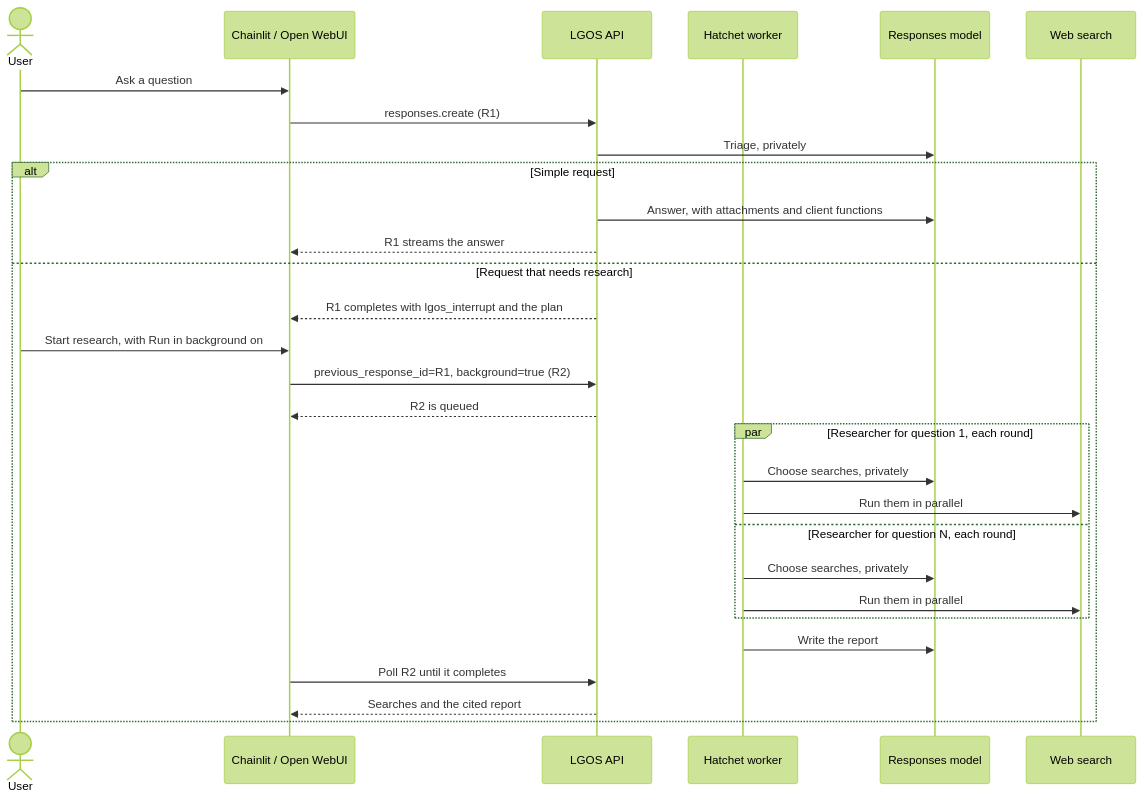
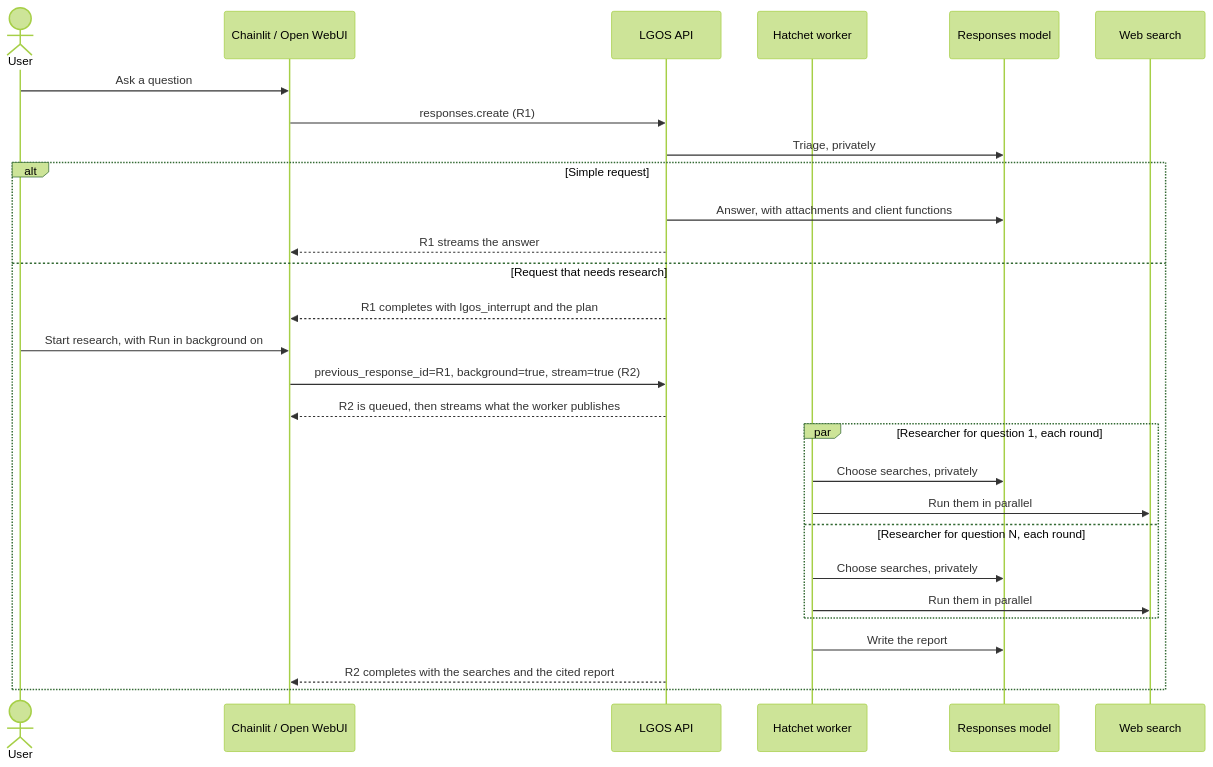
Before and after one commit to ilkersigirci/langgraph-openai-serve: the second of 2 diagrams in docs/demo/graphs/deep-research.md, drawn with Mermaid (forest theme). The commit also changed other lines of this file and 60 other files, not shown here.

Commit message:
feat: openai background streaming support using hatchet durable-streams

````diff
--- a/docs/demo/graphs/deep-research.md
+++ b/docs/demo/graphs/deep-research.md
@@ -149,32 +149,31 @@
 ```mermaid
 sequenceDiagram
   actor User
   participant UI as Chainlit / Open WebUI
   participant API as LGOS API
   participant Worker as Hatchet worker
   participant Model as Responses model
   participant Search as Web search
 
   User->>UI: Ask a question
   UI->>API: responses.create (R1)
   API->>Model: Triage, privately
   alt Simple request
     API->>Model: Answer, with attachments and client functions
     API-->>UI: R1 streams the answer
   else Request that needs research
     API-->>UI: R1 completes with lgos_interrupt and the plan
     User->>UI: Start research, with Run in background on
-    UI->>API: previous_response_id=R1, background=true (R2)
-    API-->>UI: R2 is queued
+    UI->>API: previous_response_id=R1, background=true, stream=true (R2)
+    API-->>UI: R2 is queued, then streams what the worker publishes
     par Researcher for question 1, each round
       Worker->>Model: Choose searches, privately
       Worker->>Search: Run them in parallel
     and Researcher for question N, each round
       Worker->>Model: Choose searches, privately
       Worker->>Search: Run them in parallel
     end
     Worker->>Model: Write the report
-    UI->>API: Poll R2 until it completes
-    API-->>UI: Searches and the cited report
+    API-->>UI: R2 completes with the searches and the cited report
   end
 ```
````
